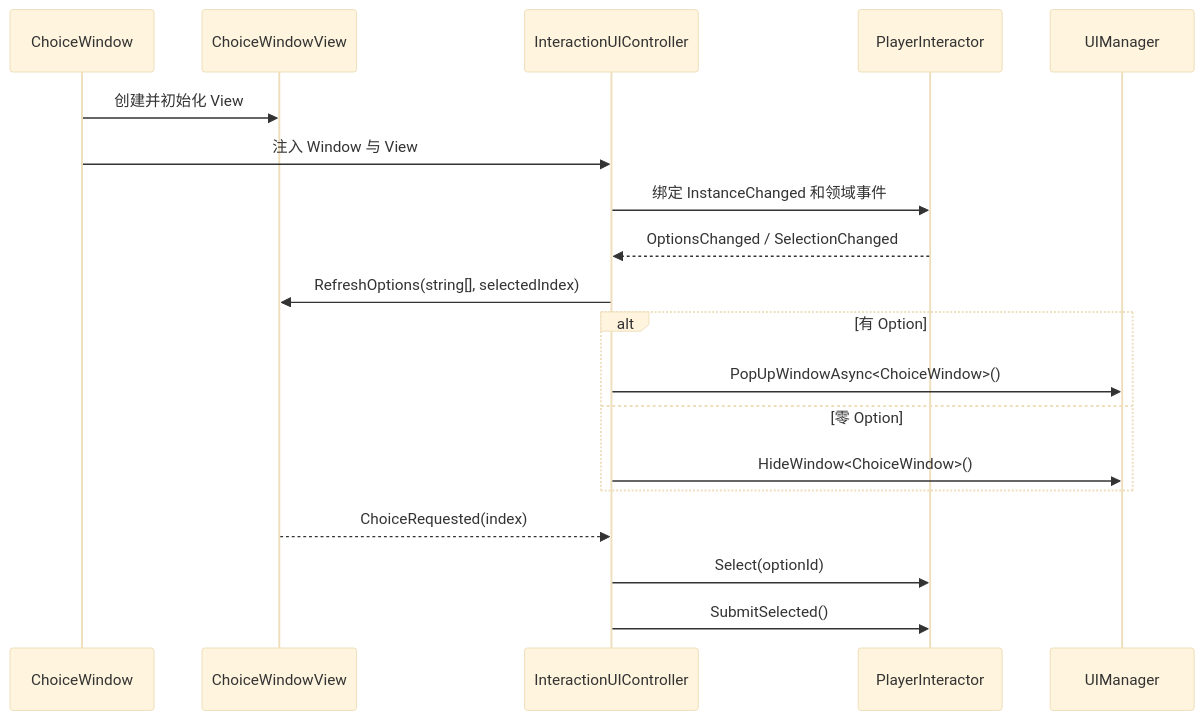
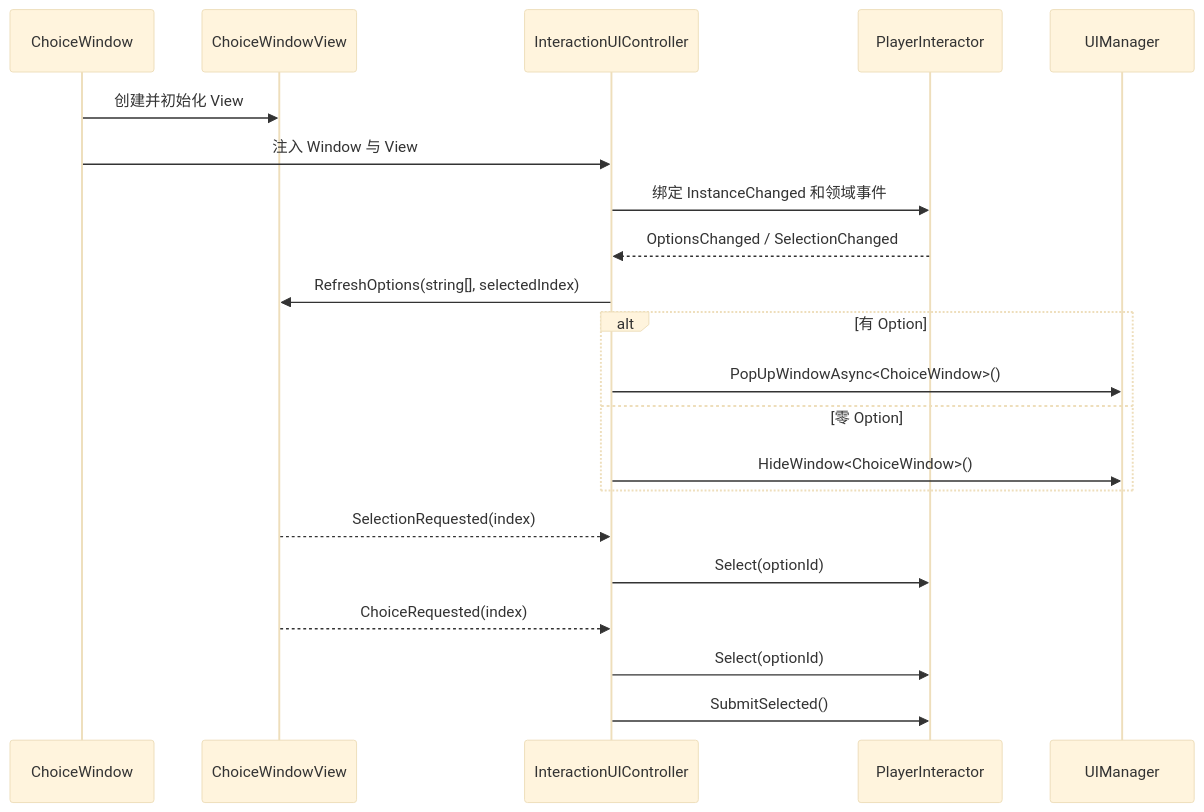
One commit to Whitesheeeep/3DRPG changed the fourth of 5 diagrams in Assets/Scripts/InteractionSystem/Documentation/InteractionSystem_Technical.md. Above: the diagram before and after it, drawn with Mermaid (base theme). The commit also changed other lines of this file and 161 other files, not shown here.

````diff
--- a/Assets/Scripts/InteractionSystem/Documentation/InteractionSystem_Technical.md
+++ b/Assets/Scripts/InteractionSystem/Documentation/InteractionSystem_Technical.md
@@ -158,22 +162,24 @@
 ```mermaid
 sequenceDiagram
     participant W as ChoiceWindow
     participant V as ChoiceWindowView
     participant C as InteractionUIController
     participant P as PlayerInteractor
     participant U as UIManager
 
     W->>V: 创建并初始化 View
     W->>C: 注入 Window 与 View
     C->>P: 绑定 InstanceChanged 和领域事件
     P-->>C: OptionsChanged / SelectionChanged
     C->>V: RefreshOptions(string[], selectedIndex)
     alt 有 Option
         C->>U: PopUpWindowAsync<ChoiceWindow>()
     else 零 Option
         C->>U: HideWindow<ChoiceWindow>()
     end
+    V-->>C: SelectionRequested(index)
+    C->>P: Select(optionId)
     V-->>C: ChoiceRequested(index)
     C->>P: Select(optionId)
     C->>P: SubmitSelected()
 ```
````
